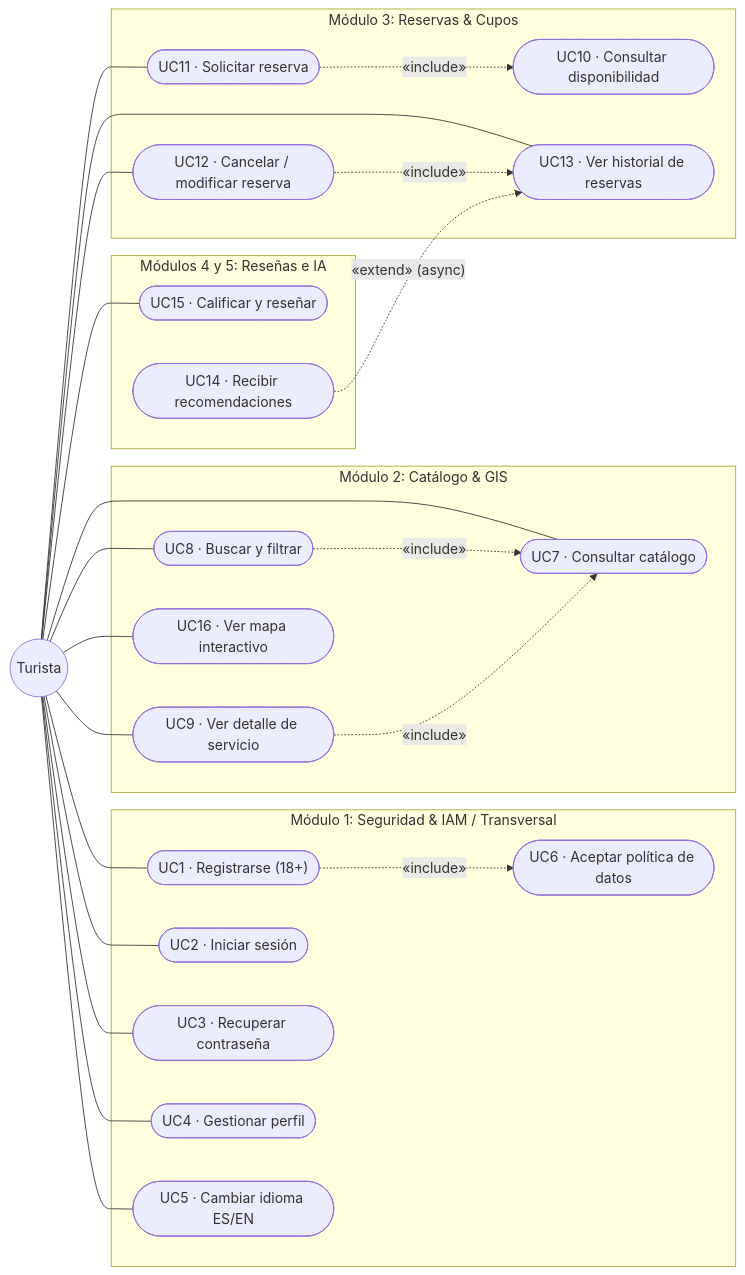
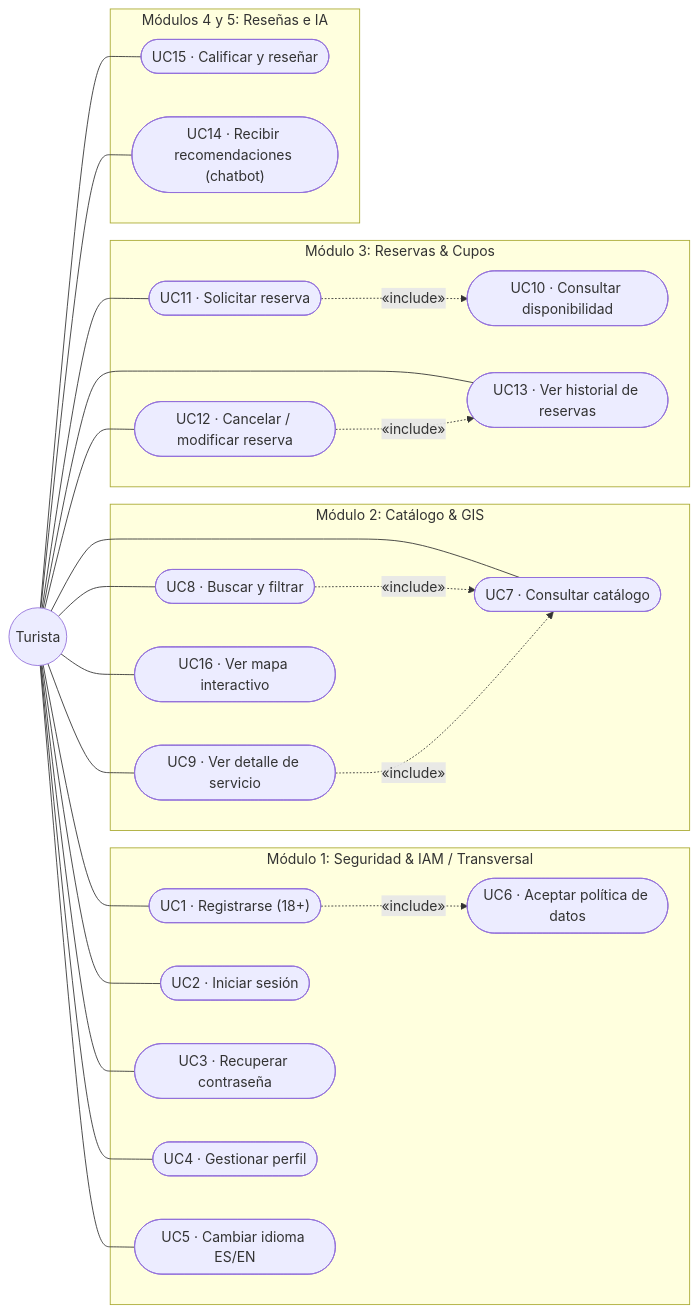
The second of 9 diagrams in Documents/Pages/Requirements_docIEEE.md (luifdo/Tourism), drawn with Mermaid before and after one commit. The commit also changed other lines of this file, not shown here.

````diff
--- a/Documents/Pages/Requirements_docIEEE.md
+++ b/Documents/Pages/Requirements_docIEEE.md
@@ -387,43 +395,42 @@
 ```mermaid
 flowchart LR
     Tur(("Turista"))
 
     subgraph M1["Módulo 1: Seguridad & IAM / Transversal"]
         UC1(["UC1 · Registrarse (18+)"])
         UC6(["UC6 · Aceptar política de datos"])
         UC2(["UC2 · Iniciar sesión"])
         UC3(["UC3 · Recuperar contraseña"])
         UC4(["UC4 · Gestionar perfil"])
         UC5(["UC5 · Cambiar idioma ES/EN"])
     end
 
     subgraph M2["Módulo 2: Catálogo & GIS"]
         UC7(["UC7 · Consultar catálogo"])
         UC8(["UC8 · Buscar y filtrar"])
         UC9(["UC9 · Ver detalle de servicio"])
         UC16(["UC16 · Ver mapa interactivo"])
     end
 
     subgraph M3["Módulo 3: Reservas & Cupos"]
         UC10(["UC10 · Consultar disponibilidad"])
         UC11(["UC11 · Solicitar reserva"])
         UC12(["UC12 · Cancelar / modificar reserva"])
         UC13(["UC13 · Ver historial de reservas"])
     end
 
     subgraph M45["Módulos 4 y 5: Reseñas e IA"]
         UC15(["UC15 · Calificar y reseñar"])
-        UC14(["UC14 · Recibir recomendaciones"])
+        UC14(["UC14 · Recibir recomendaciones (chatbot)"])
     end
 
     Tur --- UC1 & UC2 & UC3 & UC4 & UC5
     Tur --- UC7 & UC8 & UC9 & UC16
-    Tur --- UC11 & UC12 & UC13 & UC15
+    Tur --- UC11 & UC12 & UC13 & UC14 & UC15
 
     UC1 -.->|"«include»"| UC6
     UC8 -.->|"«include»"| UC7
     UC9 -.->|"«include»"| UC7
     UC11 -.->|"«include»"| UC10
     UC12 -.->|"«include»"| UC13
-    UC14 -.->|"«extend» (async)"| UC13
 ```
````
